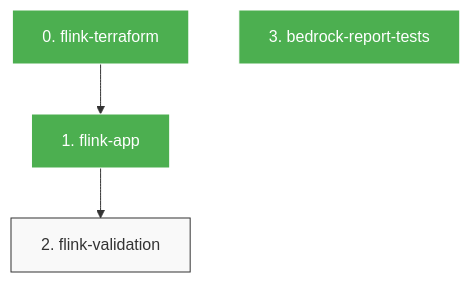
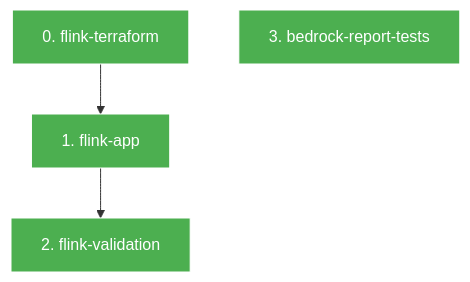
Before and after one commit to masondev1024/robot-data-pipeline: the diagram in phases/3-realtime/DAG.md, drawn with Mermaid. The commit also changed 2 other files, not shown here.

Commit message:
chore(3-realtime): mark phase completed

````diff
--- a/phases/3-realtime/DAG.md
+++ b/phases/3-realtime/DAG.md
@@ -3,17 +3,17 @@
 ```mermaid
 graph TD
   classDef completed fill:#4CAF50,stroke:#fff,color:#fff;
   classDef pending fill:#f9f9f9,stroke:#333;
   classDef error fill:#f44336,stroke:#fff,color:#fff;
   classDef blocked fill:#FF9800,stroke:#fff,color:#fff;
   S0["0. flink-terraform"]
   class S0 completed;
   S1["1. flink-app"]
   class S1 completed;
   S0 --> S1
   S2["2. flink-validation"]
-  class S2 pending;
+  class S2 completed;
   S1 --> S2
   S3["3. bedrock-report-tests"]
   class S3 completed;
 ```
````
